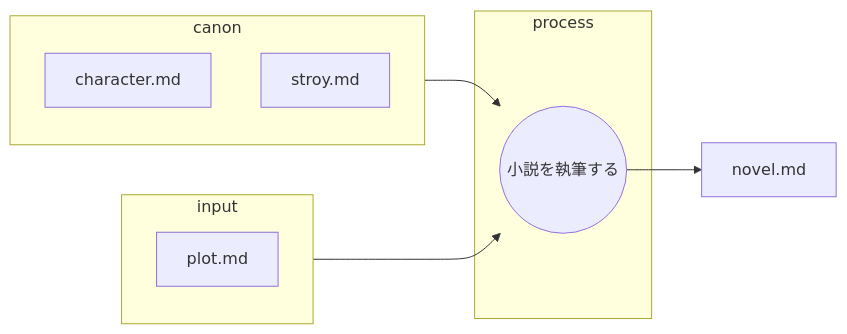
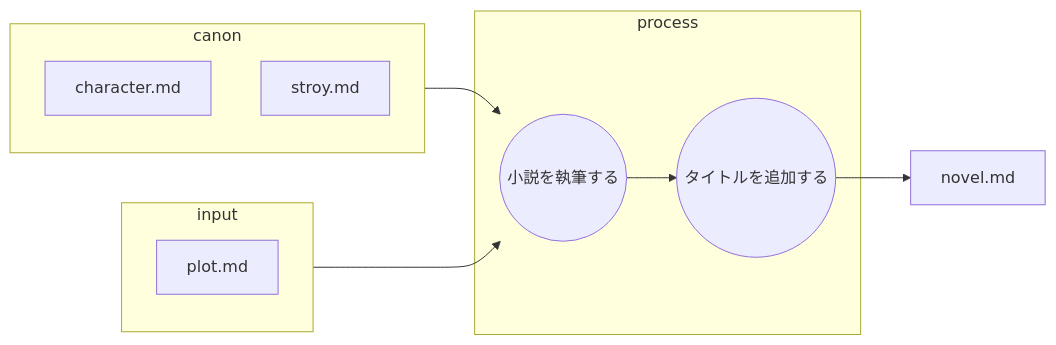
The diagram in prompts/writer.md (yomai-hiyashidewa/novel_workflow), drawn with Mermaid before and after one commit. The commit also changed other lines of this file and 1 other file, not shown here.

````diff
--- a/prompts/writer.md
+++ b/prompts/writer.md
@@ -6,26 +6,28 @@
 ```mermaid
 graph LR
 
     subgraph input
         md1[plot.md]
     end
 
     subgraph canon
         c_character[character.md]
         c_story[stroy.md]
         
     end
 
     product[novel.md]
 
 
     subgraph process
         process_write((小説を執筆する))
+        process_add_title((タイトルを追加する))
     end
 
     canon --> process_write
     input --> process_write
-    process_write --> product
+    process_write　--> process_add_title
+    process_add_title --> product
 
 
 ```
````
